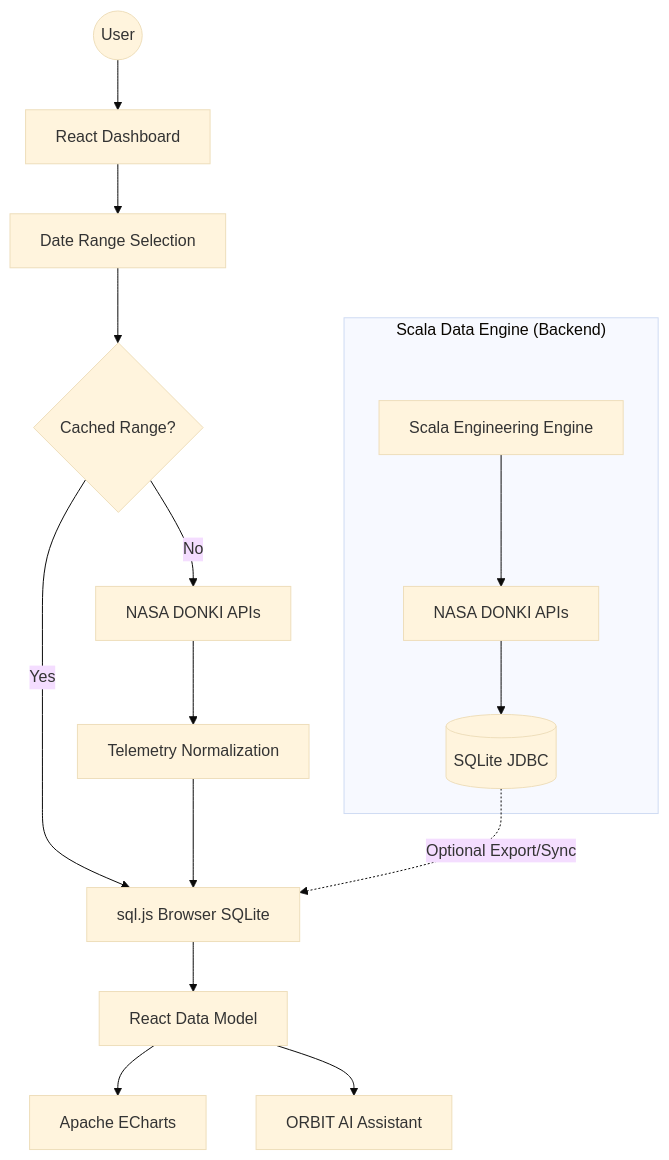
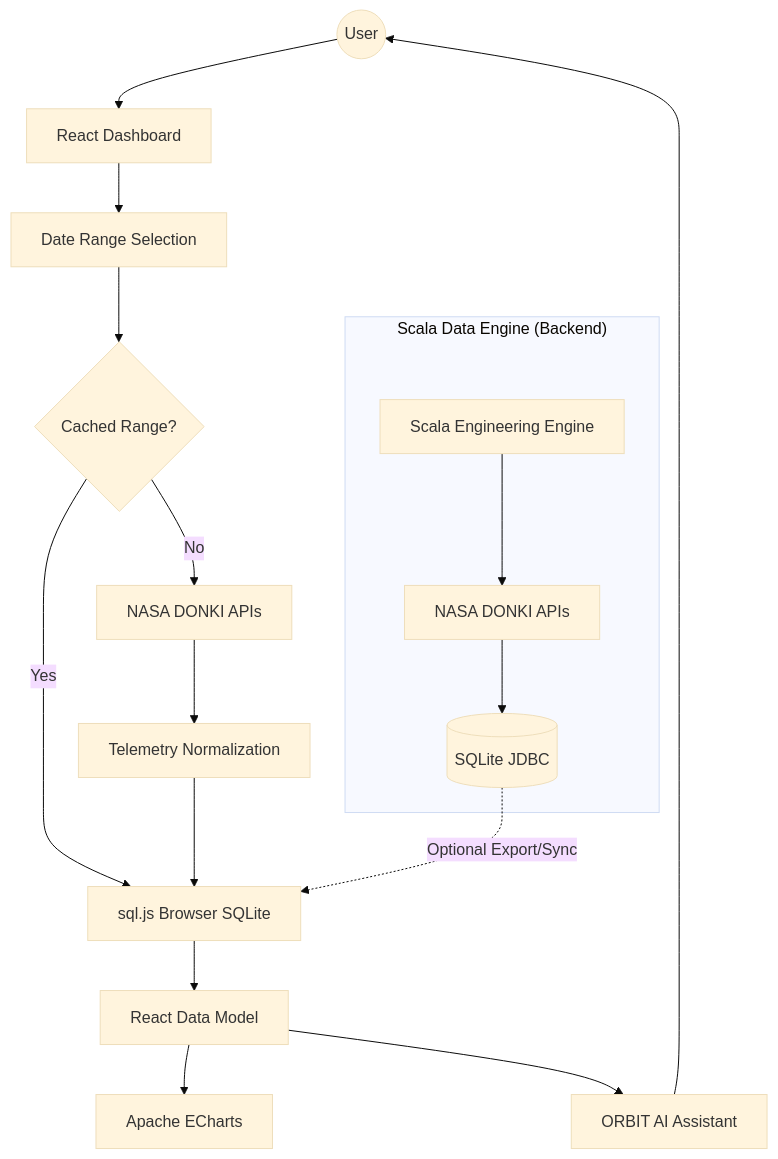
One commit to SK4LEGENDS/SpaceGuard changed the diagram in README.md. Above: the diagram before and after it, drawn with Mermaid (base theme). The commit also changed other lines of this file and 114 other files, not shown here.

````diff
--- a/README.md
+++ b/README.md
@@ -21,23 +21,24 @@
 ```mermaid
 graph TD
     User((User)) --> Dashboard[React Dashboard]
     Dashboard --> Dates[Date Range Selection]
     
     Dates --> Cache{Cached Range?}
     Cache -- Yes --> WASM[sql.js Browser SQLite]
     Cache -- No --> API[NASA DONKI APIs]
     
     API --> Norm[Telemetry Normalization]
     Norm --> WASM
     
     WASM --> Model[React Data Model]
     Model --> Charts[Apache ECharts]
     Model --> ORBIT[ORBIT AI Assistant]
+    ORBIT --> User((User))
     
     subgraph "Scala Data Engine (Backend)"
         S_Engine[Scala Engineering Engine] --> S_API[NASA DONKI APIs]
         S_API --> S_DB[(SQLite JDBC)]
     end
     
     S_DB -.->|Optional Export/Sync| WASM
 ```
````
